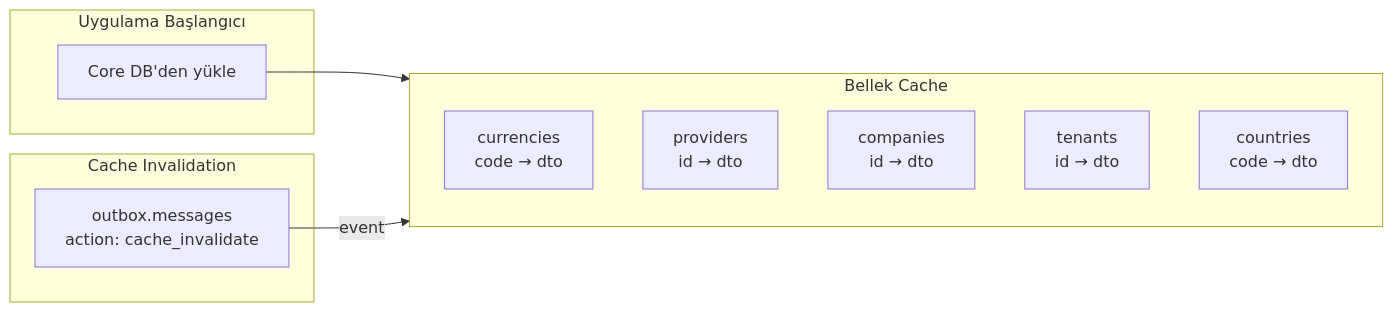
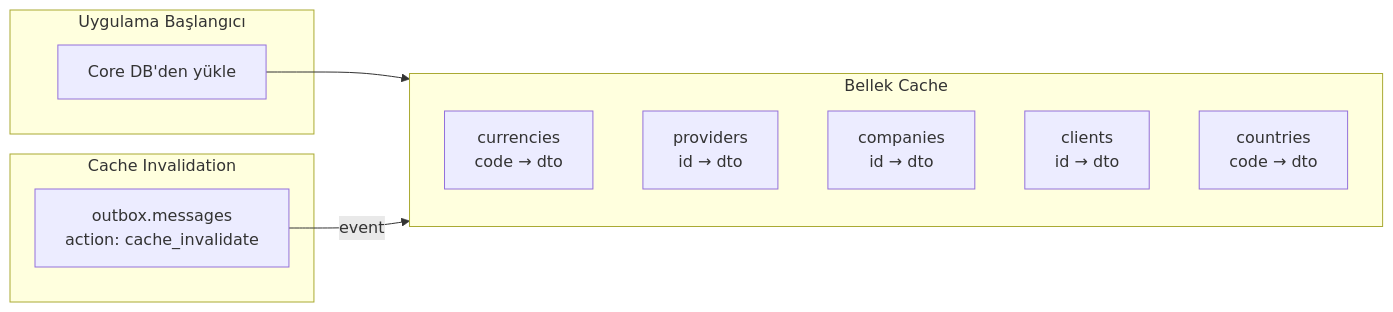
One commit to frhtshn/One.DB changed the third of 5 diagrams in .docs/guides/CROSS_DB_JOIN_GUIDE.md. Above: the diagram before and after it, drawn with Mermaid. The commit also changed other lines of this file and 442 other files, not shown here.

````diff
--- a/.docs/guides/CROSS_DB_JOIN_GUIDE.md
+++ b/.docs/guides/CROSS_DB_JOIN_GUIDE.md
@@ -202,21 +202,21 @@
 ```mermaid
 flowchart LR
     subgraph startup["Uygulama Başlangıcı"]
         load["Core DB'den yükle"]
     end
 
     subgraph cache["Bellek Cache"]
         cur["currencies<br/>code → dto"]
         prov["providers<br/>id → dto"]
         comp["companies<br/>id → dto"]
-        ten["tenants<br/>id → dto"]
+        ten["clients<br/>id → dto"]
         ctr["countries<br/>code → dto"]
     end
 
     subgraph invalidate["Cache Invalidation"]
         outbox["outbox.messages<br/>action: cache_invalidate"]
     end
 
     load --> cache
     outbox -->|"event"| cache
 ```
````
